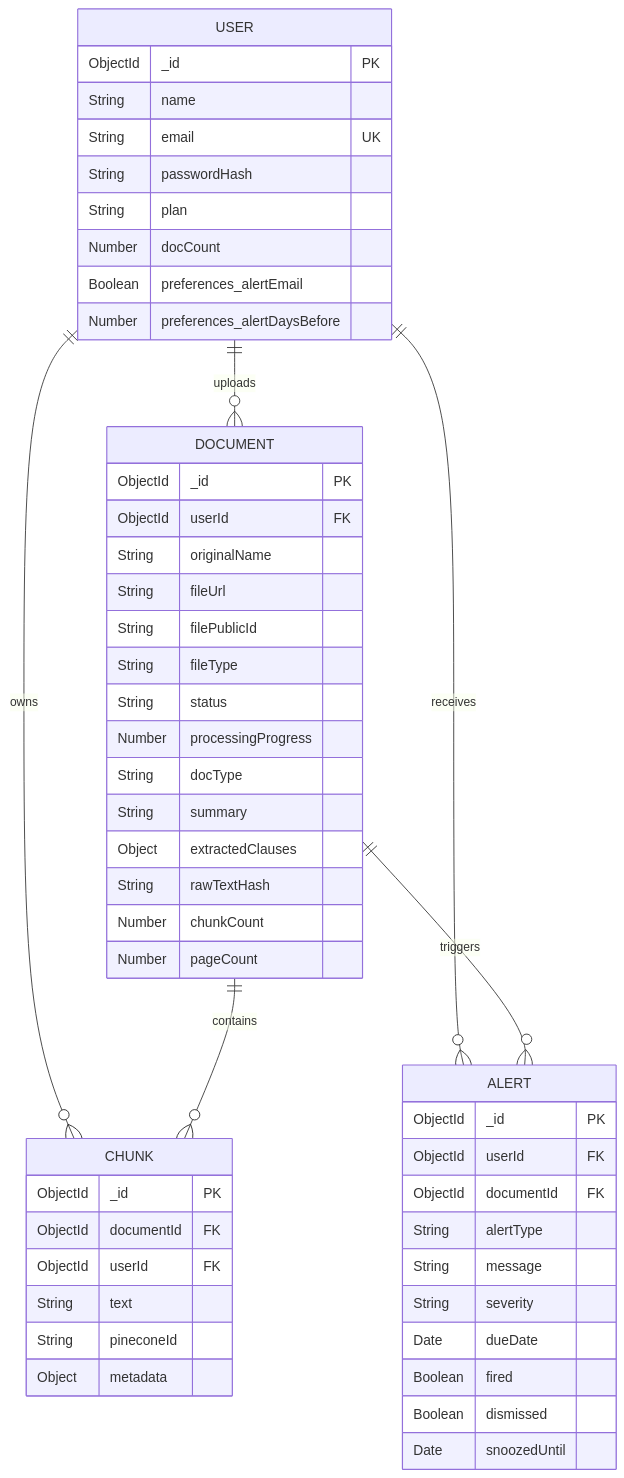
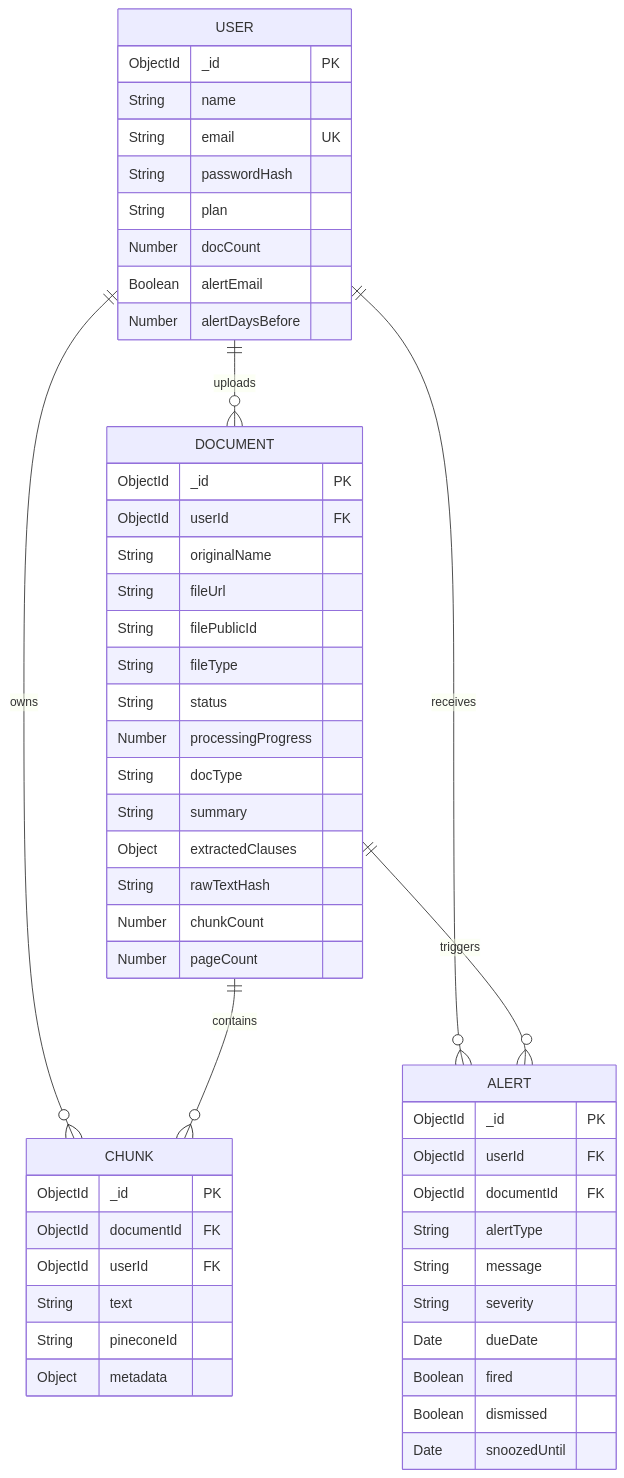
Before and after one commit to AniketB26/What-I-Signed: the ninth of 9 diagrams in README.md, drawn with Mermaid. The commit also changed other lines of this file, not shown here.

````diff
--- a/README.md
+++ b/README.md
@@ -626,58 +622,58 @@
 ```mermaid
 erDiagram
-    USER ||--o{ DOCUMENT : "uploads"
-    USER ||--o{ CHUNK : "owns"
-    USER ||--o{ ALERT : "receives"
-    DOCUMENT ||--o{ CHUNK : "contains"
-    DOCUMENT ||--o{ ALERT : "triggers"
+    USER ||--o{ DOCUMENT : uploads
+    USER ||--o{ CHUNK : owns
+    USER ||--o{ ALERT : receives
+    DOCUMENT ||--o{ CHUNK : contains
+    DOCUMENT ||--o{ ALERT : triggers
 
     USER {
         ObjectId _id PK
         String name
         String email UK
         String passwordHash
         String plan
         Number docCount
-        Boolean preferences_alertEmail
-        Number preferences_alertDaysBefore
+        Boolean alertEmail
+        Number alertDaysBefore
     }
 
     DOCUMENT {
         ObjectId _id PK
         ObjectId userId FK
         String originalName
         String fileUrl
         String filePublicId
         String fileType
         String status
         Number processingProgress
         String docType
         String summary
         Object extractedClauses
         String rawTextHash
         Number chunkCount
         Number pageCount
     }
 
     CHUNK {
         ObjectId _id PK
         ObjectId documentId FK
         ObjectId userId FK
         String text
         String pineconeId
         Object metadata
     }
 
     ALERT {
         ObjectId _id PK
         ObjectId userId FK
         ObjectId documentId FK
         String alertType
         String message
         String severity
         Date dueDate
         Boolean fired
         Boolean dismissed
         Date snoozedUntil
     }
 ```
````
